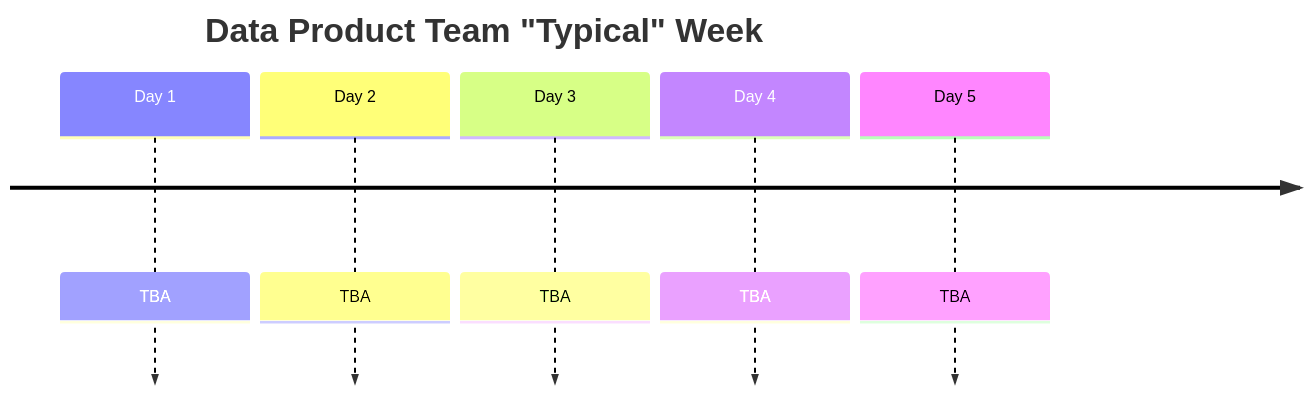
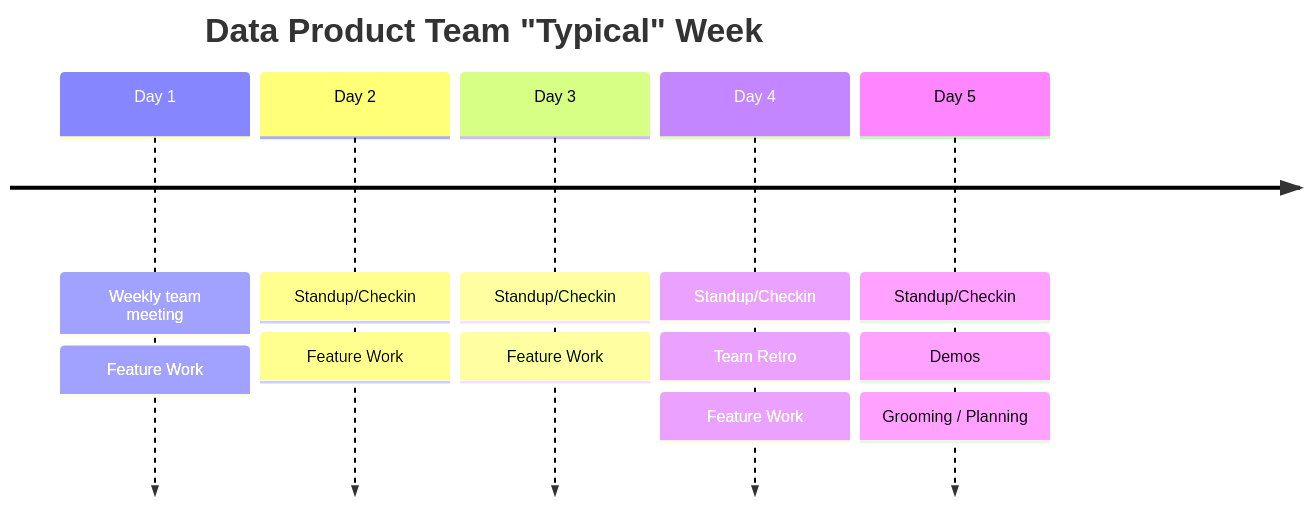
Before and after one commit to MarcusElwin/MarcusElwin.github.io: the second of 2 diagrams in ds-with-mac/content/posts/running-data-f1/index.md, drawn with Mermaid. The commit also changed other lines of this file, not shown here.

```diff
--- a/ds-with-mac/content/posts/running-data-f1/index.md
+++ b/ds-with-mac/content/posts/running-data-f1/index.md
@@ -164,14 +171,21 @@
 {{<mermaid>}}
 timeline
     title Data Product Team "Typical" Week
     Day 1
-        : TBA
+        : Weekly team meeting
+        : Feature Work
     Day 2
-        : TBA
+        : Standup/Checkin
+        : Feature Work
     Day 3
-        : TBA
+        : Standup/Checkin
+        : Feature Work
     Day 4
-        : TBA
+        : Standup/Checkin
+        : Team Retro
+        : Feature Work
     Day 5 
-        : TBA 
+        : Standup/Checkin 
+        : Demos
+        : Grooming / Planning
 {{</mermaid>}}
```
